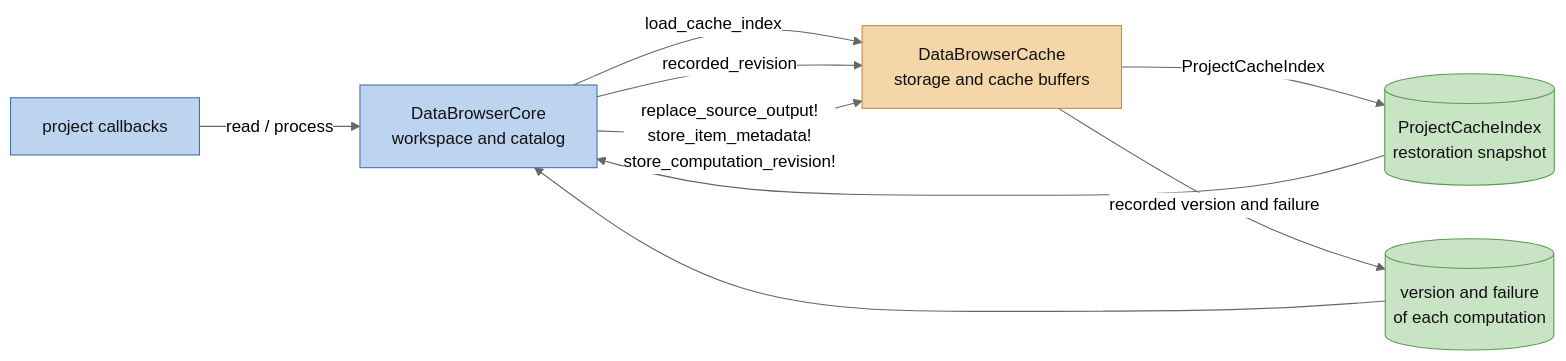
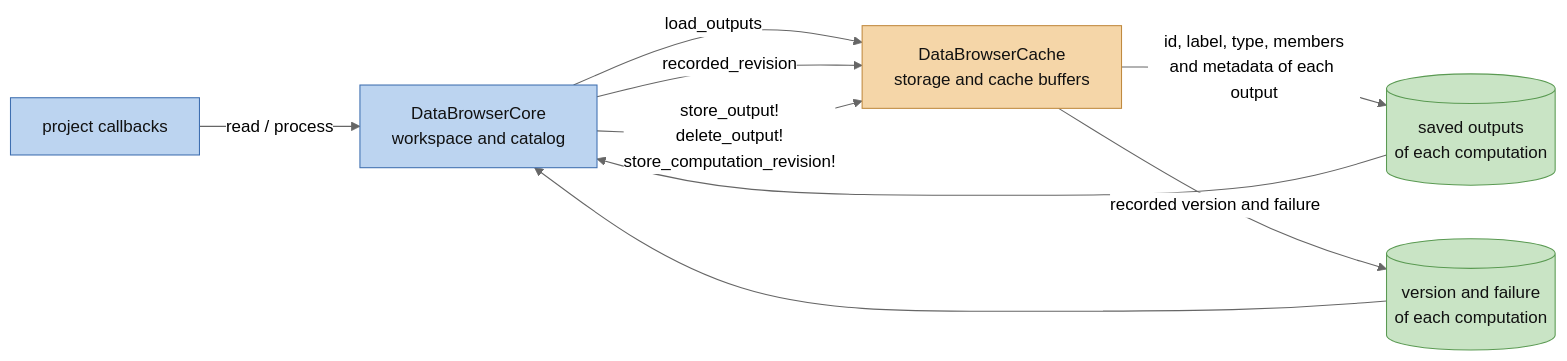
One commit to digiefel/DataBrowser changed the third of 5 diagrams in docs/ARCHITECTURE.md. Above: the diagram before and after it, drawn with Mermaid (neutral theme). The commit also changed other lines of this file and 26 other files, not shown here.

````diff
--- a/docs/ARCHITECTURE.md
+++ b/docs/ARCHITECTURE.md
@@ -215,24 +219,24 @@
 ```mermaid
 flowchart LR
     core["DataBrowserCore<br/>workspace and catalog"]
     cache["DataBrowserCache<br/>storage and cache buffers"]
-    snapshot[("ProjectCacheIndex<br/>restoration snapshot")]
+    snapshot[("saved outputs<br/>of each computation")]
     records[("version and failure<br/>of each computation")]
     source["project callbacks"]
 
-    core -->|"load_cache_index"| cache
-    cache -->|"ProjectCacheIndex"| snapshot
+    core -->|"load_outputs"| cache
+    cache -->|"id, label, type, members<br/>and metadata of each output"| snapshot
     snapshot --> core
     core -->|"recorded_revision"| cache
     cache -->|"recorded version and failure"| records
     records --> core
-    core -->|"replace_source_output!<br/>store_item_metadata!<br/>store_computation_revision!"| cache
+    core -->|"store_output!<br/>delete_output!<br/>store_computation_revision!"| cache
     source -->|"read / process"| core
 
     classDef coreC fill:#bcd4f0,stroke:#3f6fb0,color:#111
     classDef cacheC fill:#f5d6a8,stroke:#c08a3f,color:#111
     classDef stateC fill:#c9e4c5,stroke:#5a9a52,color:#111
     class core,source coreC
     class cache cacheC
     class snapshot,records stateC
 ```
````
